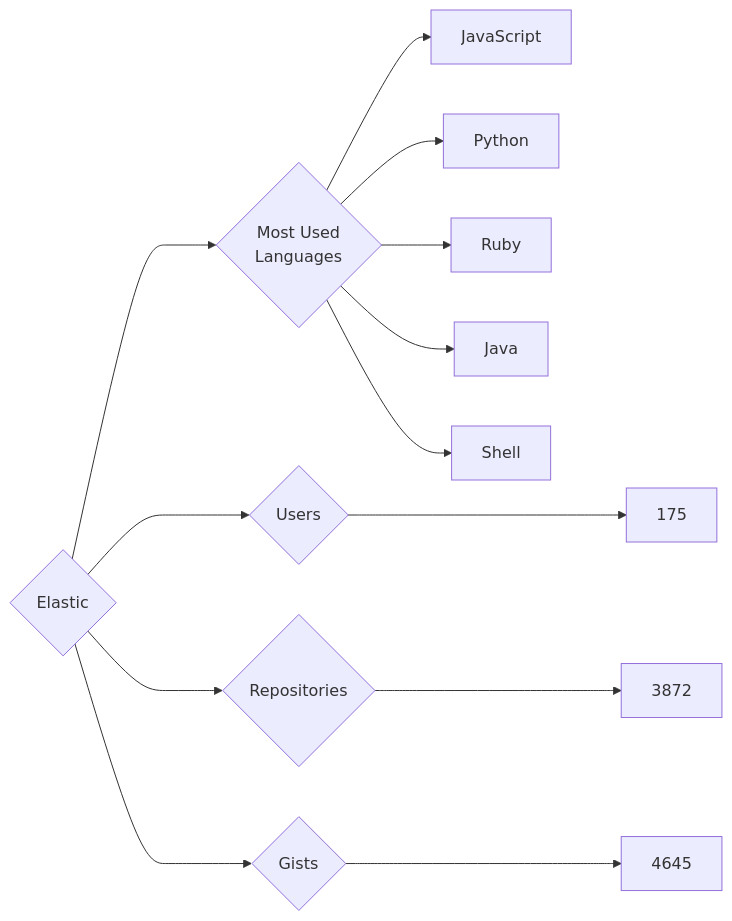
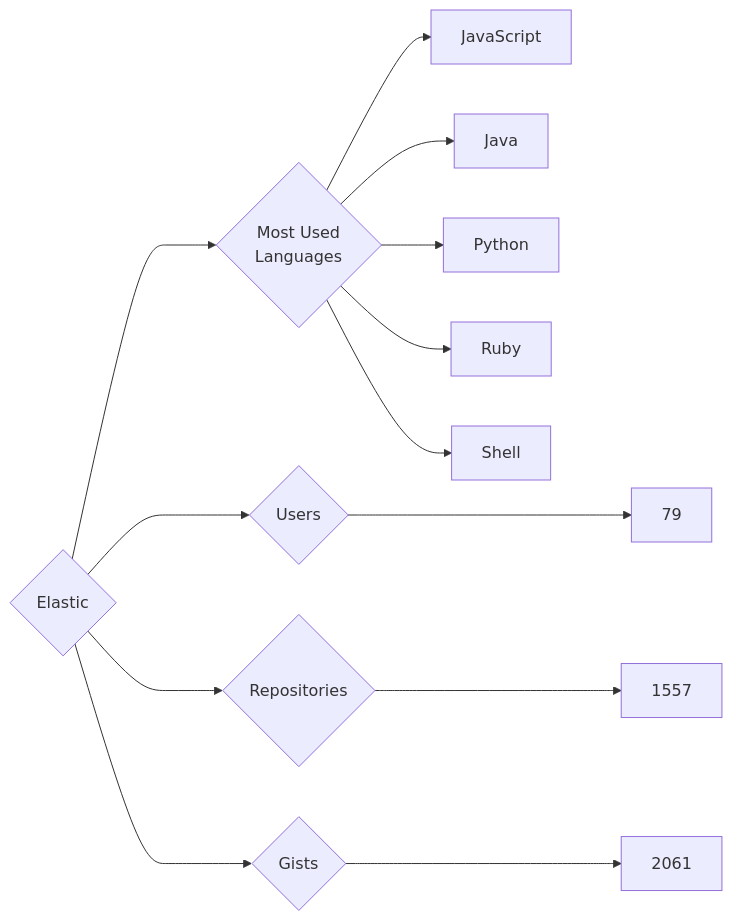
Before and after one commit to trickest/insiders: the diagram in targets/Elastic/README.md, drawn with Mermaid. The commit also changed 984 other files, not shown here.

````diff
--- a/targets/Elastic/README.md
+++ b/targets/Elastic/README.md
@@ -3,13 +3,13 @@
 ```mermaid
 graph LR
 COMPANY_NAME{Elastic}
-COMPANY_NAME ---> U{Users} ---> UN[175]
-COMPANY_NAME ---> R{Repositories} ---> RN[3872]
-COMPANY_NAME ---> G{Gists} ---> GN[4645]
+COMPANY_NAME ---> U{Users} ---> UN[79]
+COMPANY_NAME ---> R{Repositories} ---> RN[1557]
+COMPANY_NAME ---> G{Gists} ---> GN[2061]
 COMPANY_NAME ---> ML{Most Used<br>Languages}
 ML --> JavaScript[JavaScript]
+ML --> Java[Java]
 ML --> Python[Python]
 ML --> Ruby[Ruby]
-ML --> Java[Java]
 ML --> Shell[Shell]
 ```
````
